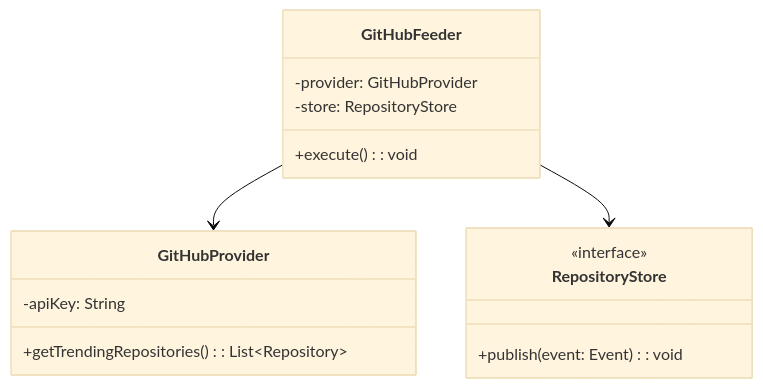
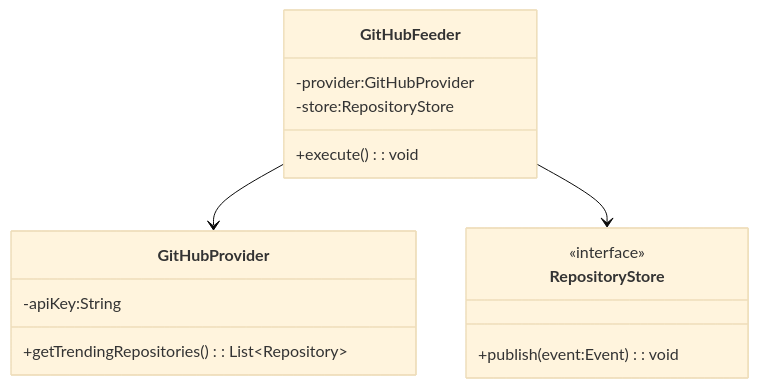
The second of 5 diagrams in README.md (TechnoRadar/techno-radar), drawn with Mermaid (base theme) before and after one commit. The commit also changed other lines of this file, not shown here.

````diff
--- a/README.md
+++ b/README.md
@@ -237,18 +241,18 @@
 ```mermaid
 classDiagram
     class GitHubFeeder {
-        -provider: GitHubProvider
-        -store: RepositoryStore
-        +execute(): void
+        -provider:GitHubProvider
+        -store:RepositoryStore
+        +execute() : void
     }
     class GitHubProvider {
-        -apiKey: String
-        +getTrendingRepositories(): List~Repository~
+        -apiKey:String
+        +getTrendingRepositories() : List~Repository~
     }
     class RepositoryStore {
         <<interface>>
-        +publish(event: Event): void
+        +publish(event:Event) : void
     }
     GitHubFeeder --> GitHubProvider
     GitHubFeeder --> RepositoryStore
 ```
````
